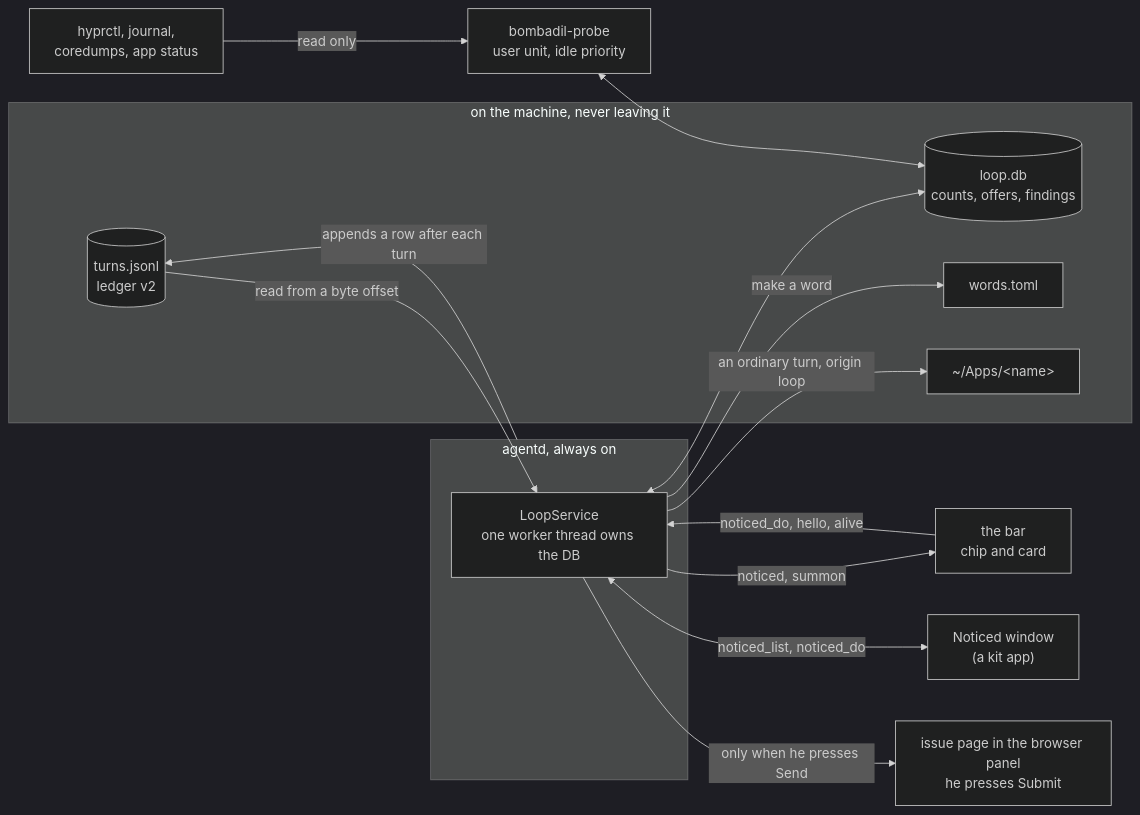
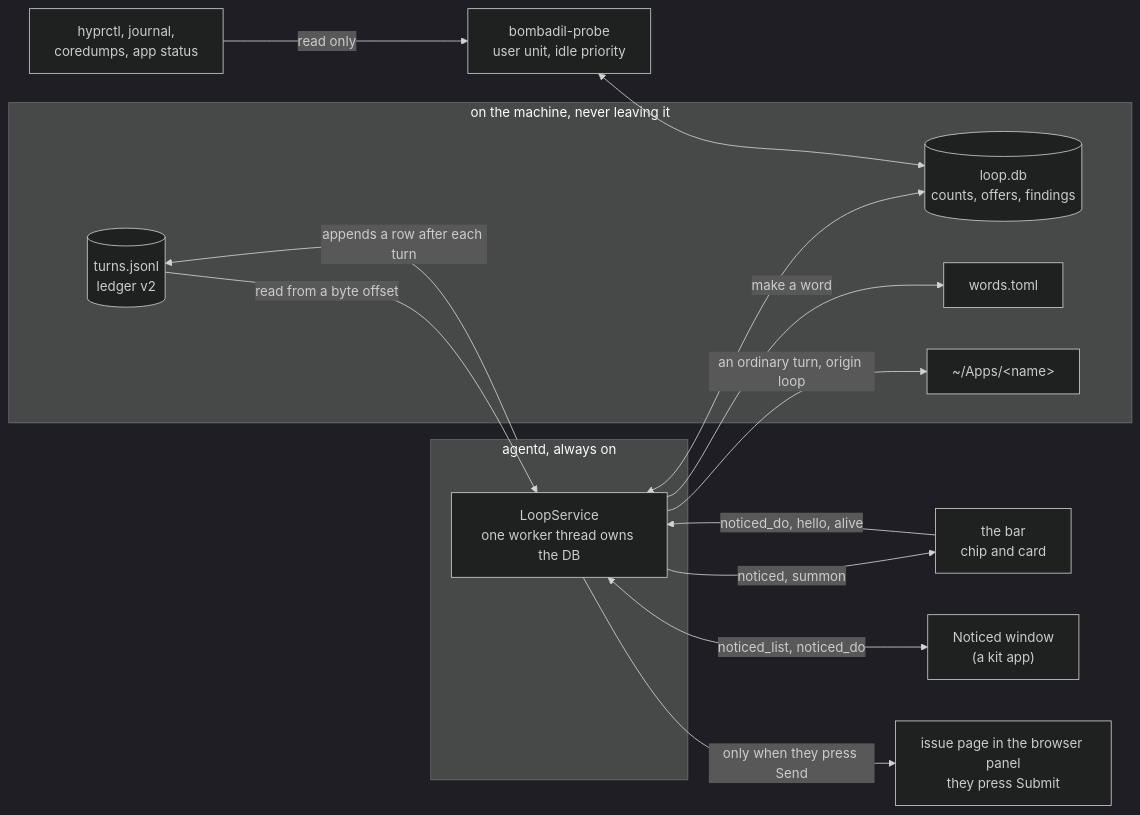
Before and after one commit to thedefaultman/Bombadil: the diagram in docs/LOOP.md, drawn with Mermaid (dark theme). The commit also changed other lines of this file and 52 other files, not shown here.

````diff
--- a/docs/LOOP.md
+++ b/docs/LOOP.md
@@ -32,28 +32,28 @@
 ```mermaid
 flowchart LR
   subgraph disk["on the machine, never leaving it"]
     T[("turns.jsonl<br/>ledger v2")]
     DB[("loop.db<br/>counts, offers, findings")]
     W["words.toml"]
     AP["~/Apps/&lt;name&gt;"]
   end
   subgraph D["agentd, always on"]
     L["LoopService<br/>one worker thread owns the DB"]
   end
   P["bombadil-probe<br/>user unit, idle priority"]
   S["hyprctl, journal,<br/>coredumps, app status"]
   B["the bar<br/>chip and card"]
   N["Noticed window<br/>(a kit app)"]
-  G["issue page in the browser panel<br/>he presses Submit"]
+  G["issue page in the browser panel<br/>they press Submit"]
   D -- "appends a row after each turn" --> T
   T -- "read from a byte offset" --> L
   L <--> DB
   P <--> DB
   S -- "read only" --> P
   L -- "noticed, summon" --> B
   B -- "noticed_do, hello, alive" --> L
   L <-- "noticed_list, noticed_do" --> N
   L -- "make a word" --> W
   L -- "an ordinary turn, origin loop" --> AP
-  L -- "only when he presses Send" --> G
+  L -- "only when they press Send" --> G
 ```
````
